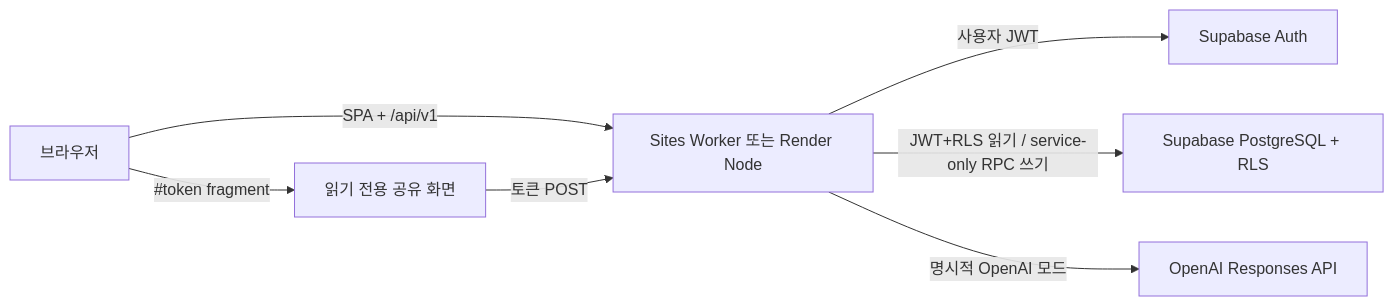
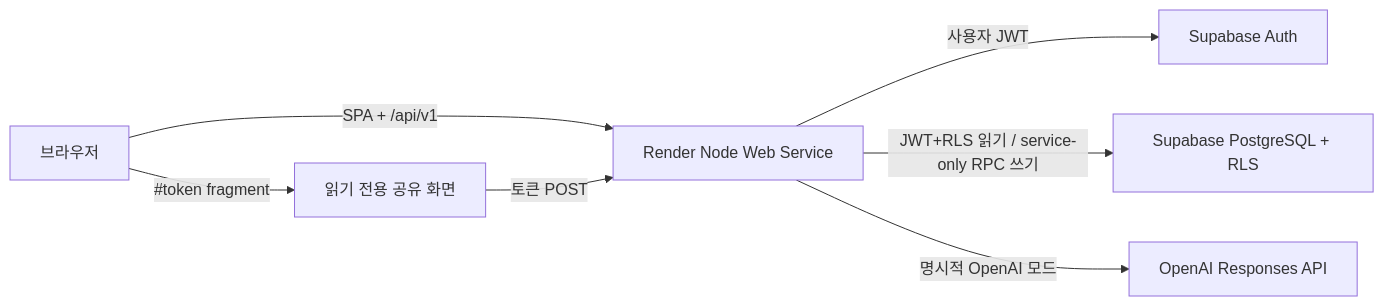
Before and after one commit to Mureung1/hub-showcase: the diagram in docs/trd.md, drawn with Mermaid. The commit also changed other lines of this file and 122 other files, not shown here.

````diff
--- a/docs/trd.md
+++ b/docs/trd.md
@@ -11,9 +11,9 @@
 ```mermaid
 flowchart LR
-    U["브라우저"] -->|"SPA + /api/v1"| C["Sites Worker 또는 Render Node"]
+    U["브라우저"] -->|"SPA + /api/v1"| C["Render Node Web Service"]
     C -->|"사용자 JWT"| A["Supabase Auth"]
     C -->|"JWT+RLS 읽기 / service-only RPC 쓰기"| D["Supabase PostgreSQL + RLS"]
     C -->|"명시적 OpenAI 모드"| O["OpenAI Responses API"]
     U -->|"#token fragment"| S["읽기 전용 공유 화면"]
     S -->|"토큰 POST"| C
 ```
````
